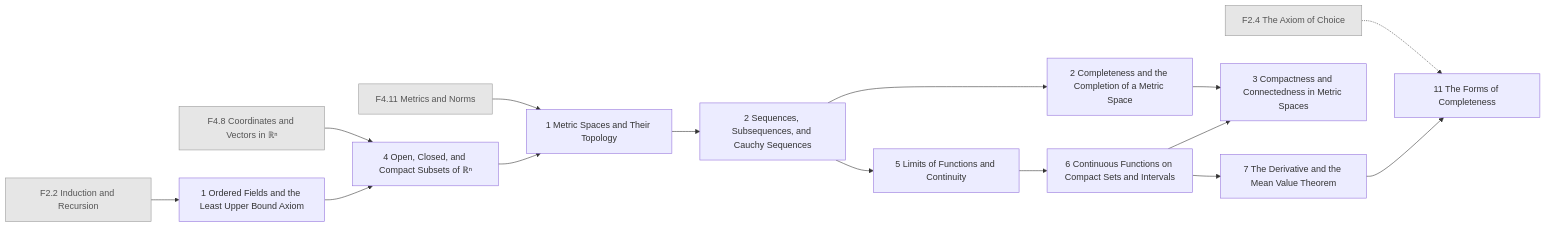
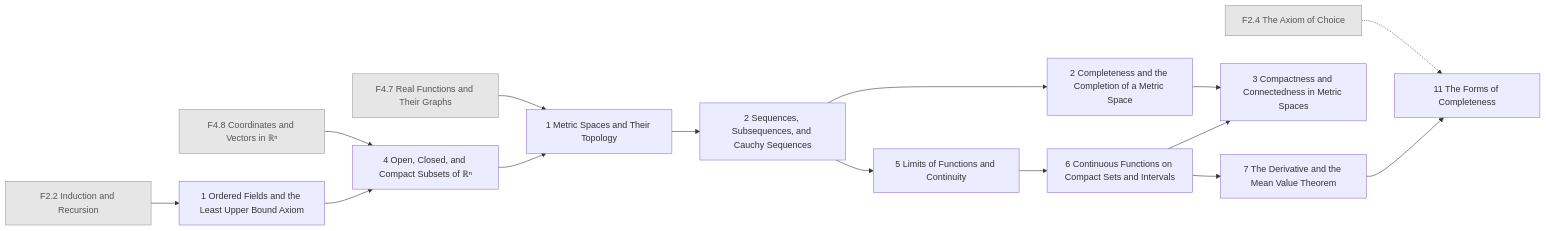
The diagram in generated/chapters/AN1.mmd (AkizumiFox/math-atlas), drawn with Mermaid before and after one commit. The commit also changed 15 other files, not shown here.

```diff
--- a/generated/chapters/AN1.mmd
+++ b/generated/chapters/AN1.mmd
@@ -1,32 +1,32 @@
 flowchart LR
   F2_2["F2.2 Induction and Recursion"]:::ext
   F2_4["F2.4 The Axiom of Choice"]:::ext
+  F4_7["F4.7 Real Functions and Their Graphs"]:::ext
   F4_8["F4.8 Coordinates and Vectors in ℝⁿ"]:::ext
-  F4_11["F4.11 Metrics and Norms"]:::ext
   AN1_1["1 Ordered Fields and the Least Upper Bound Axiom"]
   AN1_4["4 Open, Closed, and Compact Subsets of ℝⁿ"]
   AN2_1["1 Metric Spaces and Their Topology"]
   AN1_2["2 Sequences, Subsequences, and Cauchy Sequences"]
   AN2_2["2 Completeness and the Completion of a Metric Space"]
   AN1_5["5 Limits of Functions and Continuity"]
   AN1_6["6 Continuous Functions on Compact Sets and Intervals"]
   AN2_3["3 Compactness and Connectedness in Metric Spaces"]
   AN1_7["7 The Derivative and the Mean Value Theorem"]
   AN1_11["11 The Forms of Completeness"]
   F2_2 --> AN1_1
   F4_8 --> AN1_4
   AN1_1 --> AN1_4
-  F4_11 --> AN2_1
+  F4_7 --> AN2_1
   AN1_4 --> AN2_1
   AN2_1 --> AN1_2
   AN1_2 --> AN2_2
   AN1_2 --> AN1_5
   AN1_5 --> AN1_6
   AN2_2 --> AN2_3
   AN1_6 --> AN2_3
   AN1_6 --> AN1_7
   F2_4 -.-> AN1_11
   AN1_7 --> AN1_11
   classDef ext fill:#e6e6e6,stroke:#999,color:#555
   classDef opt fill:#fff,stroke:#999,stroke-dasharray:4 3,color:#555
   classDef segb fill:#f6f6fb,stroke:#99a,color:#333
```
